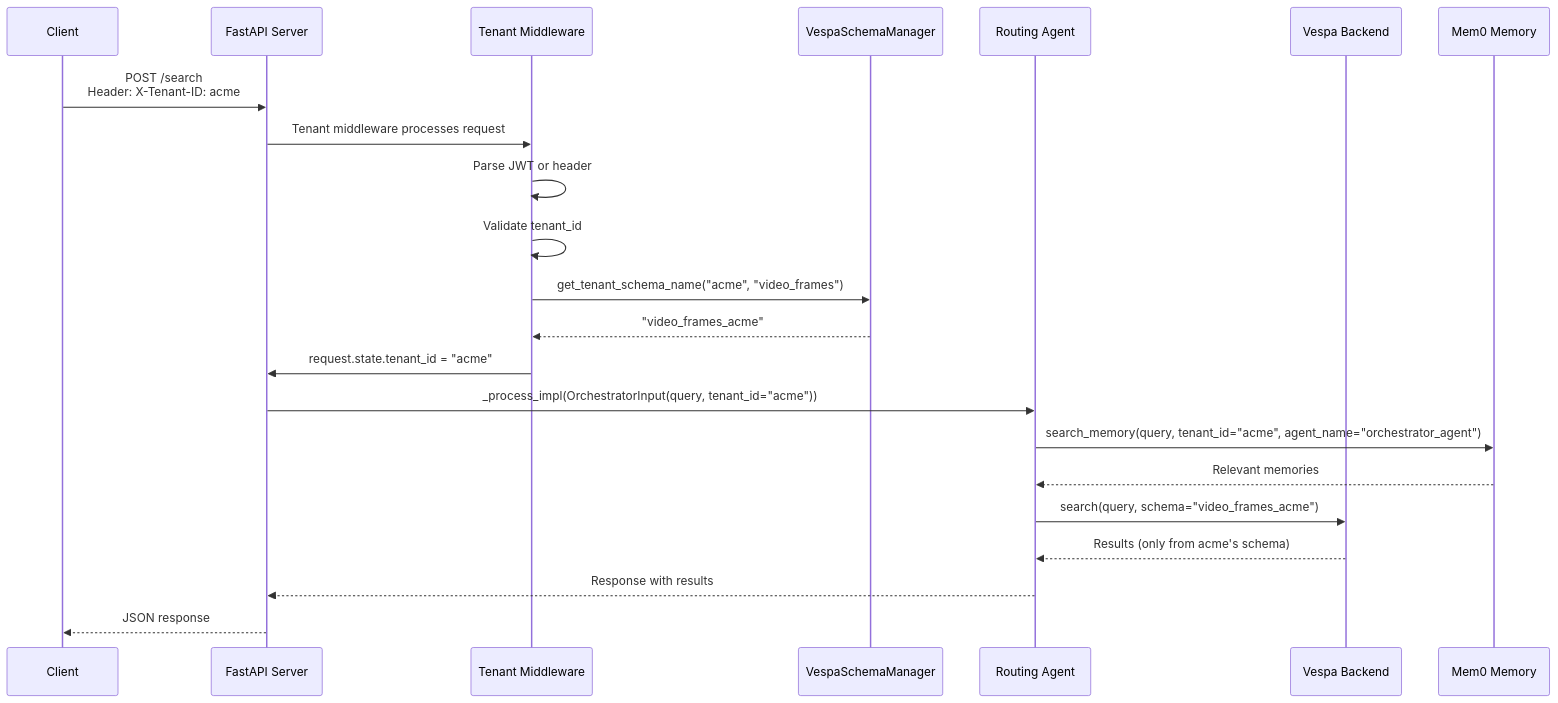
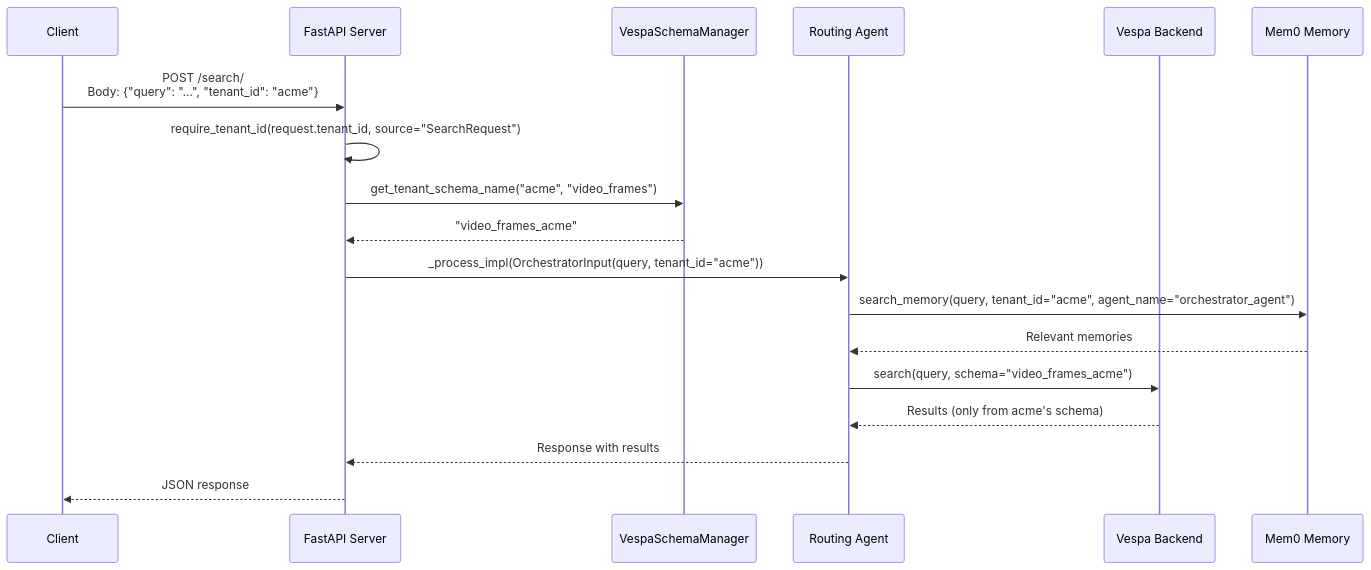
The second of 6 diagrams in docs/architecture/multi-tenant.md (amit-jain/cogniverse), drawn with Mermaid before and after one commit. The commit also changed other lines of this file and 8 other files, not shown here.

First line of the commit message:
Correct tenant, model name, and env var references in docs

````diff
--- a/docs/architecture/multi-tenant.md
+++ b/docs/architecture/multi-tenant.md
@@ -567,26 +569,22 @@
 ```mermaid
 sequenceDiagram
     participant Client
     participant API as FastAPI Server
-    participant Middleware as Tenant Middleware
     participant SchemaManager as VespaSchemaManager
     participant Agent as Routing Agent
     participant Vespa as Vespa Backend
     participant Memory as Mem0 Memory
 
-    Client->>API: POST /search<br/>Header: X-Tenant-ID: acme
-    API->>Middleware: Tenant middleware processes request
-    Middleware->>Middleware: Parse JWT or header
-    Middleware->>Middleware: Validate tenant_id
-    Middleware->>SchemaManager: get_tenant_schema_name("acme", "video_frames")
-    SchemaManager-->>Middleware: "video_frames_acme"
-    Middleware->>API: request.state.tenant_id = "acme"
+    Client->>API: POST /search/<br/>Body: {"query": "...", "tenant_id": "acme"}
+    API->>API: require_tenant_id(request.tenant_id, source="SearchRequest")
+    API->>SchemaManager: get_tenant_schema_name("acme", "video_frames")
+    SchemaManager-->>API: "video_frames_acme"
 
     API->>Agent: _process_impl(OrchestratorInput(query, tenant_id="acme"))
     Agent->>Memory: search_memory(query, tenant_id="acme", agent_name="orchestrator_agent")
     Memory-->>Agent: Relevant memories
     Agent->>Vespa: search(query, schema="video_frames_acme")
     Vespa-->>Agent: Results (only from acme's schema)
     Agent-->>API: Response with results
     API-->>Client: JSON response
 ```
````
